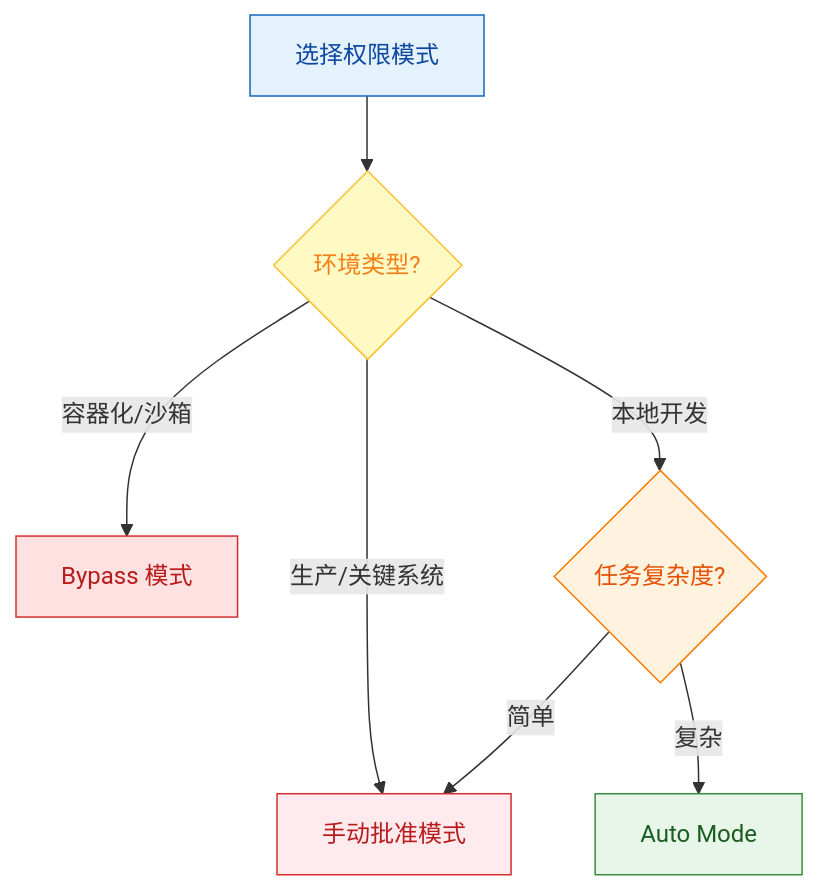
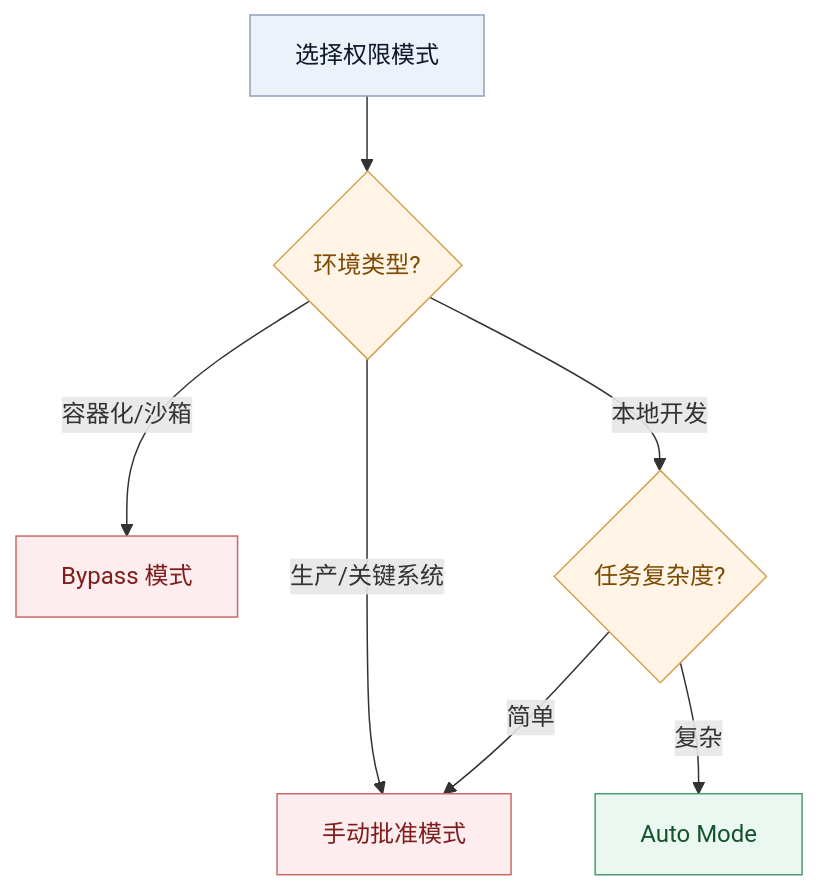
The third of 3 diagrams in _posts/2026-03-26-claude-code-auto-mode.md (FreezeSoul/freezesoul.github.com), drawn with Mermaid before and after one commit. The commit also changed other lines of this file, not shown here.

Commit message:
优化mermaid的图形配色

````diff
--- a/_posts/2026-03-26-claude-code-auto-mode.md
+++ b/_posts/2026-03-26-claude-code-auto-mode.md
@@ -234,17 +260,29 @@
 ```mermaid
+%%{init: {'theme': 'base', 'themeVariables': {
+  'background': '#F4F7FB',
+  'primaryColor': '#EAF0F8',
+  'primaryBorderColor': '#9AA9BD',
+  'primaryTextColor': '#0F172A',
+  'lineColor': '#6B7C93',
+  'fontFamily': '"PingFang SC","Noto Sans SC","Microsoft YaHei","Helvetica Neue",Arial,sans-serif'
+}}}%%
 graph TD
     A[选择权限模式] --> B{环境类型?}
     B -->|生产/关键系统| C[手动批准模式]
     B -->|容器化/沙箱| D[Bypass 模式]
     B -->|本地开发| E{任务复杂度?}
 
     E -->|简单| C
     E -->|复杂| F[Auto Mode]
 
-    style A fill:#e3f2fd,stroke:#1565c0,color:#0d47a1
-    style B fill:#fff9c4,stroke:#fbc02d,color:#f57f17
-    style C fill:#ffebee,stroke:#d32f2f,color:#b71c1c
-    style D fill:#ffe1e1,stroke:#d32f2f,color:#b71c1c
-    style E fill:#fff3e0,stroke:#f57c00,color:#e65100
-    style F fill:#e8f5e9,stroke:#388e3c,color:#1b5e20
+    classDef base fill:#ECF2FA,stroke:#8FA1B8,color:#0F172A,stroke-width:1px;
+    classDef decision fill:#FFF4E5,stroke:#D4A24E,color:#7C4A03,stroke-width:1px;
+    classDef success fill:#EAF8F1,stroke:#4C9B73,color:#14532D,stroke-width:1px;
+    classDef warning fill:#FFF1E8,stroke:#D08956,color:#7C2D12,stroke-width:1px;
+    classDef danger fill:#FDEDEE,stroke:#C96A6A,color:#7F1D1D,stroke-width:1px;
+
+    class A base;
+    class B,E decision;
+    class C,D danger;
+    class F success;
 ```
````
